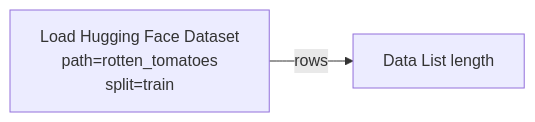
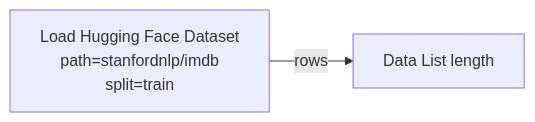
One commit to StableLlama/ComfyUI-huggingface_dataset changed the first of 2 diagrams in README.md. Above: the diagram before and after it, drawn with Mermaid. The commit also changed other lines of this file and 7 other files, not shown here.

````diff
--- a/README.md
+++ b/README.md
@@ -86,4 +105,4 @@
 ```mermaid
 flowchart LR
-    A[Load Hugging Face Dataset<br/>path=rotten_tomatoes<br/>split=train] -->|rows| B[Data List length]
+    A[Load Hugging Face Dataset<br/>path=stanfordnlp/imdb<br/>split=train] -->|rows| B[Data List length]
 ```
````
